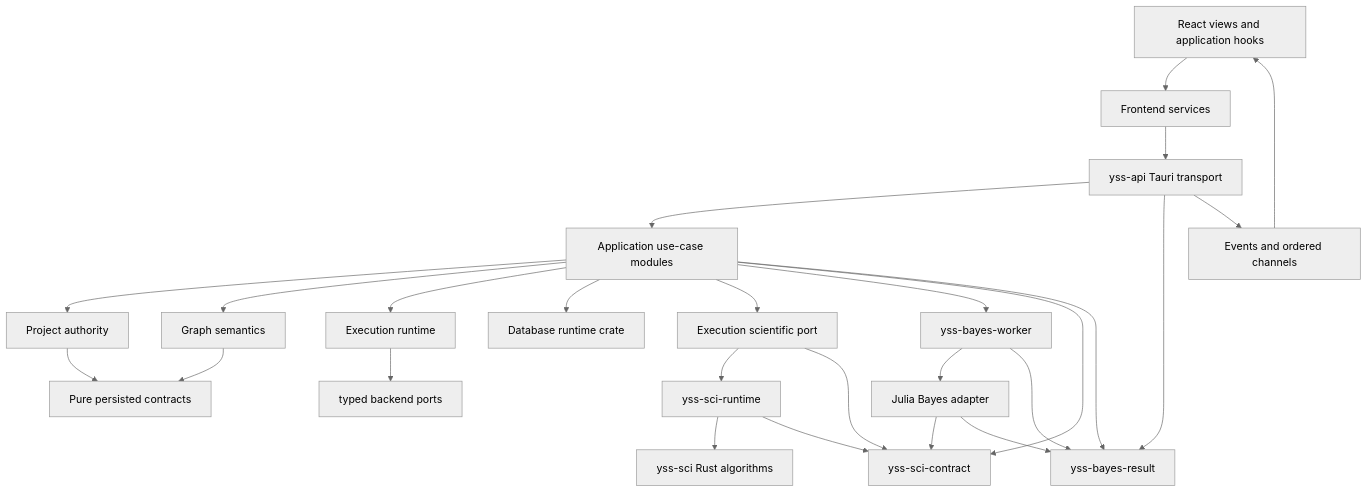
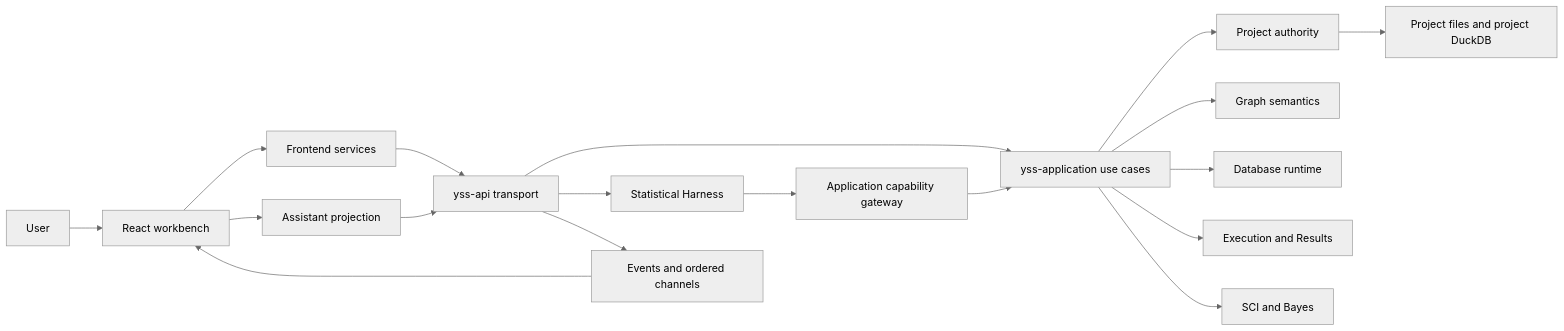
One commit to zhouyi207/YssBI changed the first of 2 diagrams in docs/architecture/ARCHITECTURE.md. Above: the diagram before and after it, drawn with Mermaid (neutral theme). The commit also changed other lines of this file and 30 other files, not shown here.

First line of the commit message:
docs(architecture): establish canonical documentation lifecycle

````diff
--- a/docs/architecture/ARCHITECTURE.md
+++ b/docs/architecture/ARCHITECTURE.md
@@ -33,28 +12,20 @@
 ```mermaid
-flowchart TD
-  UI[React views and application hooks] --> FE[Frontend services]
-  FE --> CMD[yss-api Tauri transport]
-  CMD --> APP[Application use-case modules]
+flowchart LR
+  USER[User] --> UI[React workbench]
+  UI --> SERVICES[Frontend services]
+  SERVICES --> API[yss-api transport]
+  API --> APP[yss-application use cases]
   APP --> PROJECT[Project authority]
   APP --> GRAPH[Graph semantics]
-  APP --> EXEC[Execution runtime]
-  APP --> DB[Database runtime crate]
-  APP --> SCI[Execution scientific port]
-  APP --> BAYESWORKER[yss-bayes-worker]
-  PROJECT --> PURE[Pure persisted contracts]
-  GRAPH --> PURE
-  EXEC --> PORTS[typed backend ports]
-  SCI --> SCIRUNTIME[yss-sci-runtime]
-  SCIRUNTIME --> RUSTSCI[yss-sci Rust algorithms]
-  BAYESWORKER --> JULIA[Julia Bayes adapter]
-  APP --> SCICONTRACT[yss-sci-contract]
-  SCI --> SCICONTRACT
-  SCIRUNTIME --> SCICONTRACT
-  JULIA --> SCICONTRACT
-  CMD --> BAYESRESULT[yss-bayes-result]
-  APP --> BAYESRESULT
-  BAYESWORKER --> BAYESRESULT
-  JULIA --> BAYESRESULT
-  CMD --> CHANNEL[Events and ordered channels]
-  CHANNEL --> UI
+  APP --> DATABASE[Database runtime]
+  APP --> EXECUTION[Execution and Results]
+  APP --> SCI[SCI and Bayes]
+  UI --> HARNESSUI[Assistant projection]
+  HARNESSUI --> API
+  API --> HARNESS[Statistical Harness]
+  HARNESS --> GATEWAY[Application capability gateway]
+  GATEWAY --> APP
+  PROJECT --> STORAGE[Project files and project DuckDB]
+  API --> STREAMS[Events and ordered channels]
+  STREAMS --> UI
 ```
````
